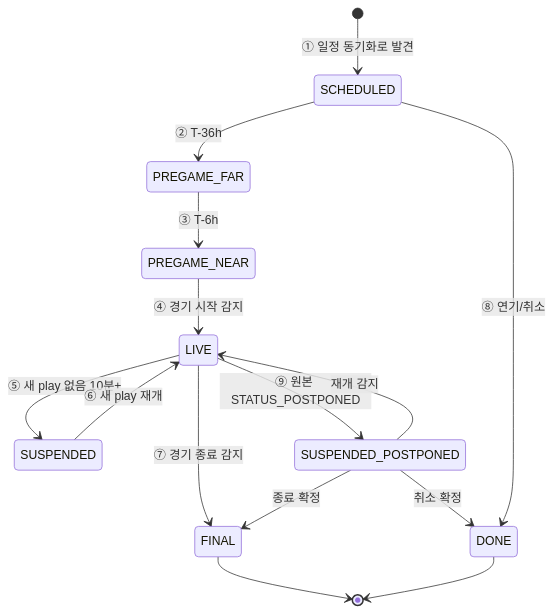
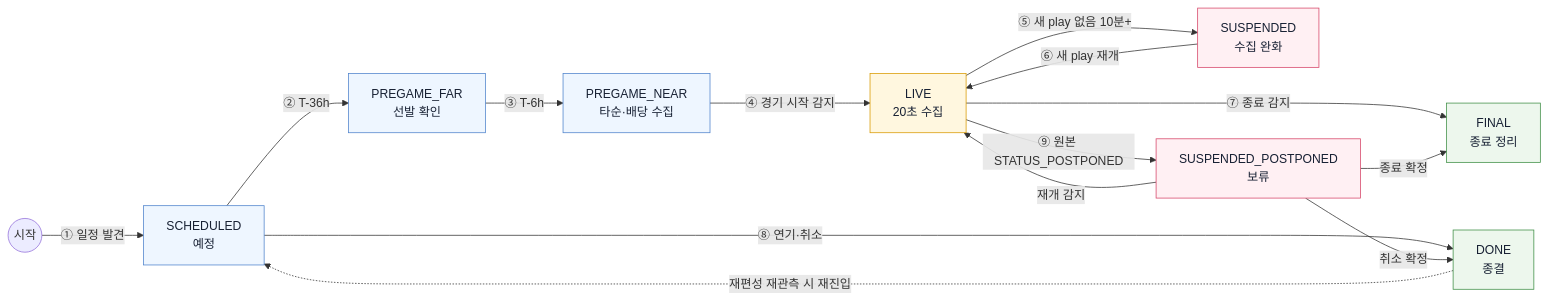
Before and after one commit to team-pulse-mlb/pulse-project: the first of 3 diagrams in docs/design/DATA_PIPELINE.md, drawn with Mermaid. The commit also changed other lines of this file and 11 other files, not shown here.

````diff
--- a/docs/design/DATA_PIPELINE.md
+++ b/docs/design/DATA_PIPELINE.md
@@ -9,17 +9,26 @@
 ```mermaid
-stateDiagram-v2
-    [*] --> SCHEDULED: ① 일정 동기화로 발견
-    SCHEDULED --> PREGAME_FAR: ② T-36h
-    PREGAME_FAR --> PREGAME_NEAR: ③ T-6h
-    PREGAME_NEAR --> LIVE: ④ 경기 시작 감지
-    LIVE --> SUSPENDED: ⑤ 새 play 없음 10분+
-    SUSPENDED --> LIVE: ⑥ 새 play 재개
-    LIVE --> FINAL: ⑦ 경기 종료 감지
-    LIVE --> SUSPENDED_POSTPONED: ⑨ 원본 STATUS_POSTPONED
-    SUSPENDED_POSTPONED --> LIVE: 재개 감지
-    SUSPENDED_POSTPONED --> FINAL: 종료 확정
-    SUSPENDED_POSTPONED --> DONE: 취소 확정
-    SCHEDULED --> DONE: ⑧ 연기/취소
-    FINAL --> [*]
-    DONE --> [*]
+flowchart LR
+    classDef main fill:#eef6ff,stroke:#4f83cc,color:#172033
+    classDef live fill:#fff7df,stroke:#d99a00,color:#172033
+    classDef done fill:#edf7ed,stroke:#3f8f46,color:#172033
+    classDef hold fill:#fff0f3,stroke:#d64568,color:#172033
+
+    START(("시작")) -->|"① 일정 발견"| SCHEDULED["SCHEDULED<br/>예정"]
+    SCHEDULED -->|"② T-36h"| FAR["PREGAME_FAR<br/>선발 확인"]
+    FAR -->|"③ T-6h"| NEAR["PREGAME_NEAR<br/>타순·배당 수집"]
+    NEAR -->|"④ 경기 시작 감지"| LIVE["LIVE<br/>20초 수집"]
+    LIVE -->|"⑤ 새 play 없음 10분+"| SUSPENDED["SUSPENDED<br/>수집 완화"]
+    SUSPENDED -->|"⑥ 새 play 재개"| LIVE
+    LIVE -->|"⑦ 종료 감지"| FINAL["FINAL<br/>종료 정리"]
+    SCHEDULED -->|"⑧ 연기·취소"| DONE["DONE<br/>종결"]
+    LIVE -->|"⑨ 원본 STATUS_POSTPONED"| POSTPONED["SUSPENDED_POSTPONED<br/>보류"]
+    POSTPONED -->|"재개 감지"| LIVE
+    POSTPONED -->|"종료 확정"| FINAL
+    POSTPONED -->|"취소 확정"| DONE
+    DONE -.->|"재편성 재관측 시 재진입"| SCHEDULED
+
+    class SCHEDULED,FAR,NEAR main
+    class LIVE live
+    class FINAL,DONE done
+    class SUSPENDED,POSTPONED hold
 ```
````
